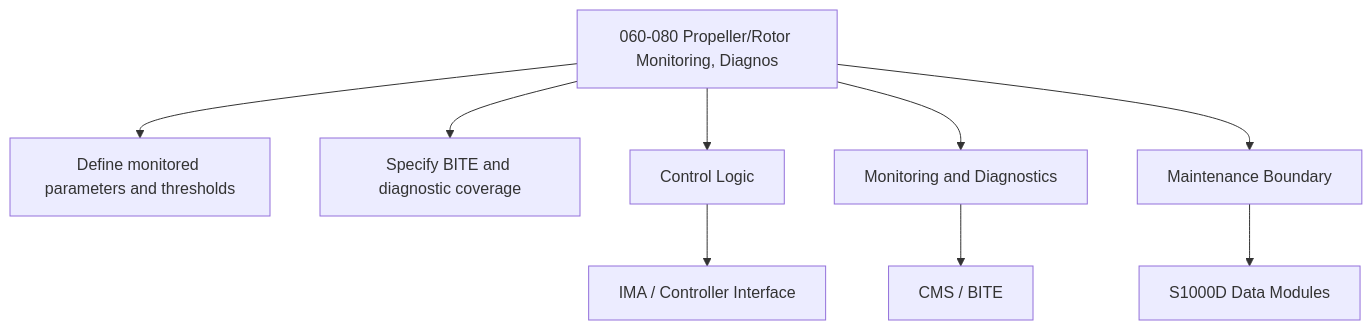
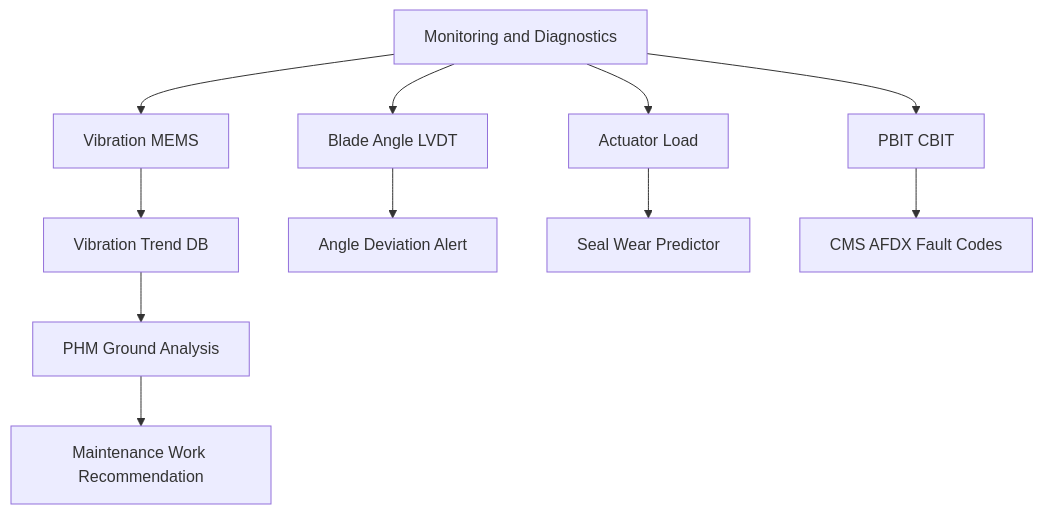
The second of 2 diagrams in Q+ATLANTIDE/000-099_ATLAS/060-069_Propulsion-Tradicional/060_Standard-Practices-Propeller-Rotor/060-080-Propeller-Rotor-Monitoring-Diagnostics-and-Control-Interfaces.md (AmedeoPelliccia/Qplus-For-All-Queer-People-and-Quantum), drawn with Mermaid before and after one commit. The commit also changed other lines of this file and 74 other files, not shown here.

````diff
--- a/Q+ATLANTIDE/000-099_ATLAS/060-069_Propulsion-Tradicional/060_Standard-Practices-Propeller-Rotor/060-080-Propeller-Rotor-Monitoring-Diagnostics-and-Control-Interfaces.md
+++ b/Q+ATLANTIDE/000-099_ATLAS/060-069_Propulsion-Tradicional/060_Standard-Practices-Propeller-Rotor/060-080-Propeller-Rotor-Monitoring-Diagnostics-and-Control-Interfaces.md
@@ -172,11 +110,13 @@
 ```mermaid
 flowchart TB
-    SYS[060-080 Propeller/Rotor Monitoring, Diagnos] --> F1[Define monitored parameters and thresholds]
-    SYS --> F2[Specify BITE and diagnostic coverage]
-    SYS --> CTRL[Control Logic]
-    SYS --> MON[Monitoring and Diagnostics]
-    SYS --> MAINT[Maintenance Boundary]
-    CTRL --> IMA[IMA / Controller Interface]
-    MON --> CMS[CMS / BITE]
-    MAINT --> CSDB[S1000D Data Modules]
+    MON[Monitoring and Diagnostics] --> VIB[Vibration MEMS]
+    MON --> ANG[Blade Angle LVDT]
+    MON --> LOAD[Actuator Load]
+    MON --> BITE[PBIT CBIT]
+    VIB --> TREND[Vibration Trend DB]
+    ANG --> DEVIAT[Angle Deviation Alert]
+    LOAD --> SEAL[Seal Wear Predictor]
+    BITE --> CMS[CMS AFDX Fault Codes]
+    TREND --> PHM[PHM Ground Analysis]
+    PHM --> WORKREC[Maintenance Work Recommendation]
 ```
````
